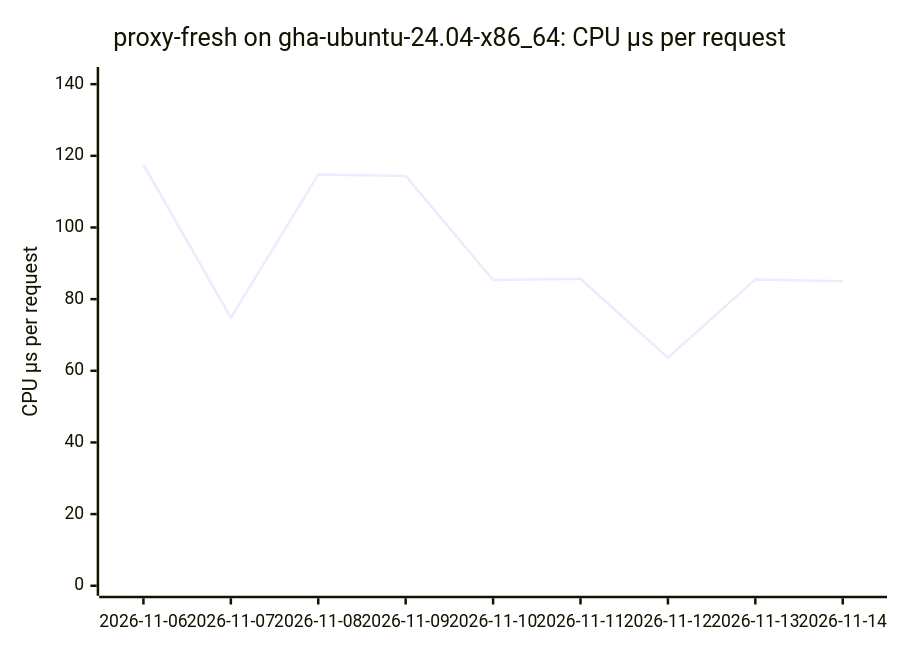
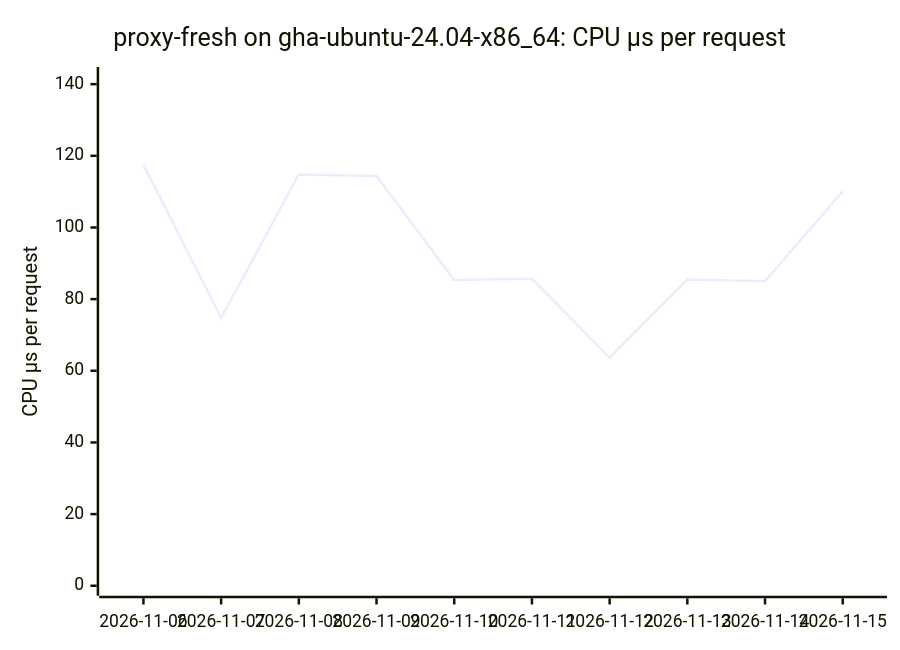
The fifth of 18 diagrams in BENCHMARKS.md (ThePixelPilgrim/durchlauferhitzer), drawn with Mermaid before and after one commit. The commit also changed other lines of this file and 1 other file, not shown here.

````diff
--- a/BENCHMARKS.md
+++ b/BENCHMARKS.md
@@ -66,7 +66,7 @@
 ```mermaid
 xychart-beta
   title "proxy-fresh on gha-ubuntu-24.04-x86_64: CPU µs per request"
-  x-axis ["2026-11-06", "2026-11-07", "2026-11-08", "2026-11-09", "2026-11-10", "2026-11-11", "2026-11-12", "2026-11-13", "2026-11-14"]
+  x-axis ["2026-11-06", "2026-11-07", "2026-11-08", "2026-11-09", "2026-11-10", "2026-11-11", "2026-11-12", "2026-11-13", "2026-11-14", "2026-11-15"]
   y-axis "CPU µs per request" 0 --> 142
-  line [117.55, 74.78, 114.80, 114.37, 85.35, 85.68, 63.64, 85.50, 85.00]
+  line [117.55, 74.78, 114.80, 114.37, 85.35, 85.68, 63.64, 85.50, 85.00, 110.06]
 ```
````
